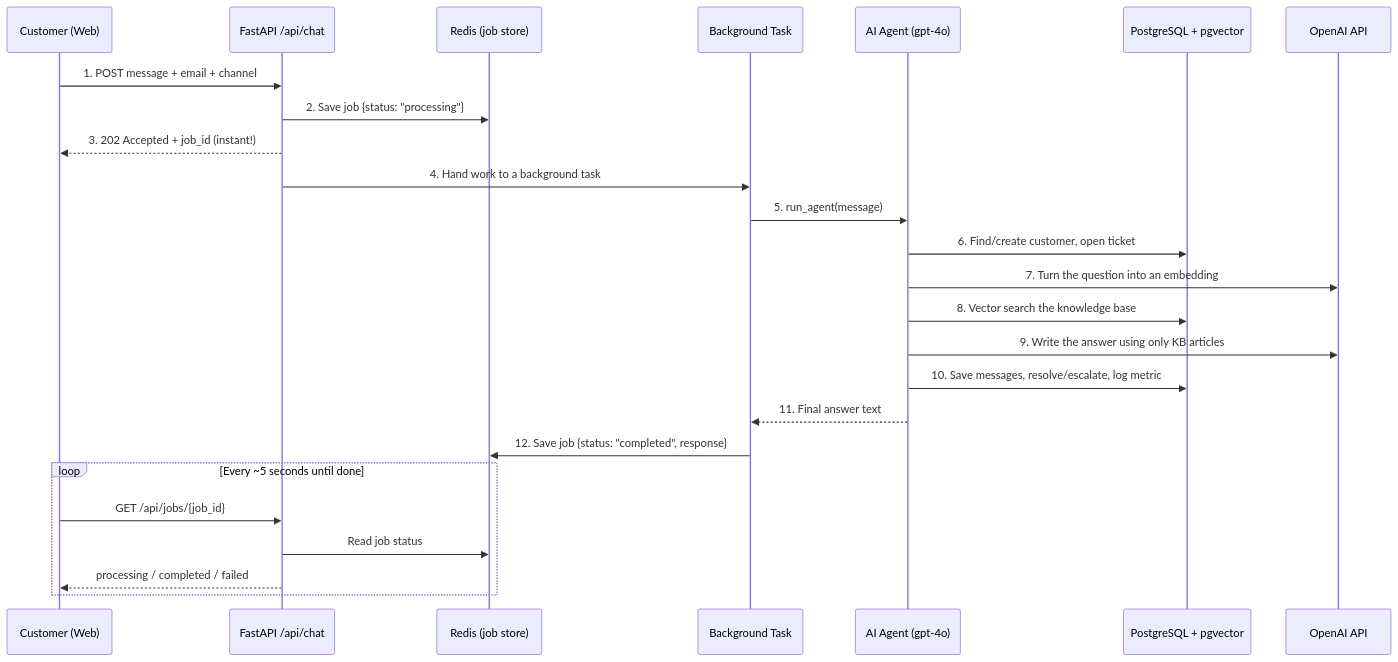
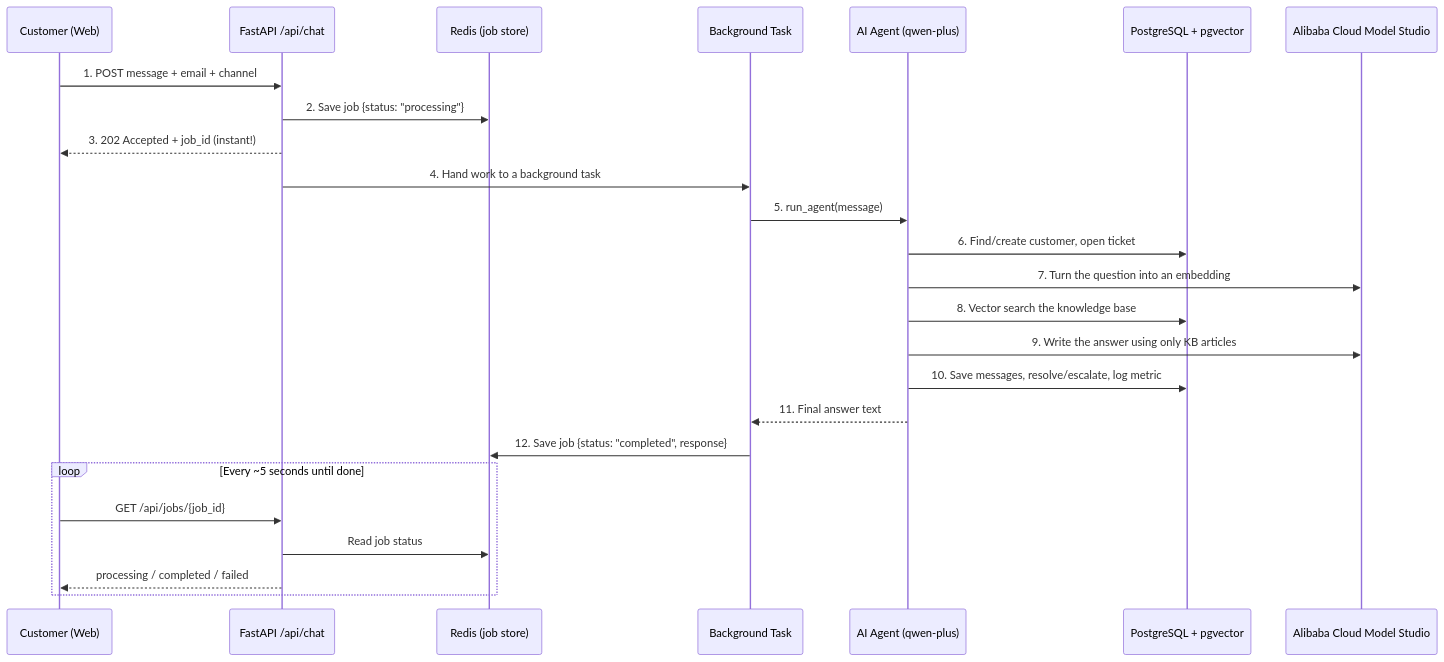
One commit to SADASEWAS3W/GroundDesk-AI changed the second of 2 diagrams in README.md. Above: the diagram before and after it, drawn with Mermaid. The commit also changed other lines of this file and 18 other files, not shown here.

````diff
--- a/README.md
+++ b/README.md
@@ -137,28 +137,28 @@
 ```mermaid
 sequenceDiagram
     participant U as Customer (Web)
     participant API as FastAPI /api/chat
     participant R as Redis (job store)
     participant BG as Background Task
-    participant AG as AI Agent (gpt-4o)
+    participant AG as AI Agent (qwen-plus)
     participant DB as PostgreSQL + pgvector
-    participant AI as OpenAI API
+    participant AI as Alibaba Cloud Model Studio
 
     U->>API: 1. POST message + email + channel
     API->>R: 2. Save job {status: "processing"}
     API-->>U: 3. 202 Accepted + job_id (instant!)
     API->>BG: 4. Hand work to a background task
     BG->>AG: 5. run_agent(message)
     AG->>DB: 6. Find/create customer, open ticket
     AG->>AI: 7. Turn the question into an embedding
     AG->>DB: 8. Vector search the knowledge base
     AG->>AI: 9. Write the answer using only KB articles
     AG->>DB: 10. Save messages, resolve/escalate, log metric
     AG-->>BG: 11. Final answer text
     BG->>R: 12. Save job {status: "completed", response}
     loop Every ~5 seconds until done
         U->>API: GET /api/jobs/{job_id}
         API->>R: Read job status
         API-->>U: processing / completed / failed
     end
 ```
````
